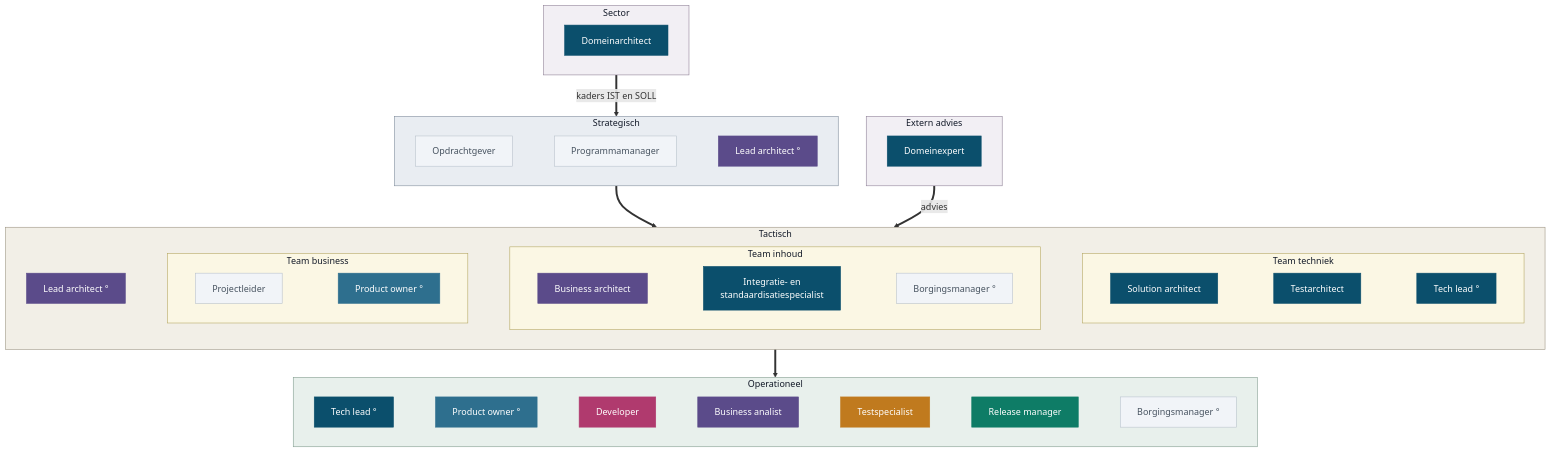
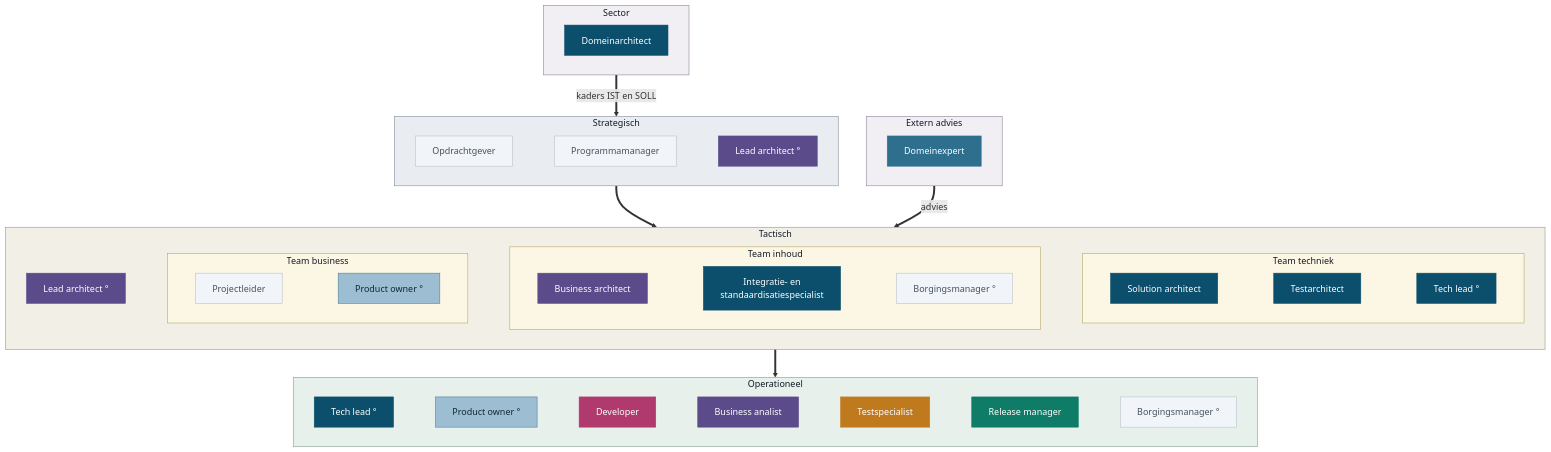
The fifth of 6 diagrams in presentaties/src/260903_rollen.md (Npuls-OKx/meta), drawn with Mermaid before and after one commit. The commit also changed other lines of this file and 2 other files, not shown here.

````diff
--- a/presentaties/src/260903_rollen.md
+++ b/presentaties/src/260903_rollen.md
@@ -626,69 +626,69 @@
 ```mermaid
 flowchart TB
   subgraph EX["Extern advies"]
     direction LR
     DE["Domeinexpert"]
   end
   subgraph SEC["Sector"]
     direction LR
     DA["Domeinarchitect"]
   end
   subgraph S["Strategisch"]
     direction LR
     OG["Opdrachtgever"] ~~~ PM["Programmamanager"] ~~~ LA1["Lead architect °"]
   end
   subgraph T["Tactisch"]
     direction LR
     LA2["Lead architect °"]
     subgraph TB2["Team business"]
       direction LR
       PL["Projectleider"] ~~~ PO1["Product owner °"]
     end
     subgraph TI["Team inhoud"]
       direction LR
       BAR["Business architect"] ~~~ IS["Integratie- en<br/>standaardisatiespecialist"] ~~~ BM1["Borgingsmanager °"]
     end
     subgraph TT["Team techniek"]
       direction LR
       SA["Solution architect"] ~~~ TA["Testarchitect"] ~~~ TL1["Tech lead °"]
     end
     LA2 ~~~ TB2 ~~~ TI ~~~ TT
   end
   subgraph O["Operationeel"]
     direction LR
     TL2["Tech lead °"] ~~~ PO2["Product owner °"] ~~~ DEV["Developer"] ~~~ BA["Business analist"] ~~~ TE["Testspecialist"] ~~~ RM["Release manager"] ~~~ BM2["Borgingsmanager °"]
   end
   S ==> T
   T ==> O
   EX ==>|advies| T
   SEC ==>|kaders IST en SOLL| S
   style TB2 fill:#fbf7e4,stroke:#b3a55f,color:#111827
   style TI fill:#fbf7e4,stroke:#b3a55f,color:#111827
   style TT fill:#fbf7e4,stroke:#b3a55f,color:#111827
   style EX fill:#f2eff4,stroke:#8c7e94,color:#111827
   style SEC fill:#f2eff4,stroke:#8c7e94,color:#111827
   style S fill:#e9edf2,stroke:#7d8a99,color:#111827
   style T fill:#f2efe7,stroke:#9a9280,color:#111827
   style O fill:#e8f0ec,stroke:#7f9a8c,color:#111827
-  style PO1 fill:#2E6F8E,stroke:#2E6F8E,color:#ffffff
-  style PO2 fill:#2E6F8E,stroke:#2E6F8E,color:#ffffff
+  style PO1 fill:#9DBED2,stroke:#4d7d97,color:#0f2733
+  style PO2 fill:#9DBED2,stroke:#4d7d97,color:#0f2733
   style SA fill:#0B4F6C,stroke:#0B4F6C,color:#ffffff
   style DA fill:#0B4F6C,stroke:#0B4F6C,color:#ffffff
   style BA fill:#5B4B8A,stroke:#5B4B8A,color:#ffffff
   style IS fill:#0B4F6C,stroke:#0B4F6C,color:#ffffff
   style TA fill:#0B4F6C,stroke:#0B4F6C,color:#ffffff
-  style DE fill:#0B4F6C,stroke:#0B4F6C,color:#ffffff
+  style DE fill:#2E6F8E,stroke:#2E6F8E,color:#ffffff
   style TL1 fill:#0B4F6C,stroke:#0B4F6C,color:#ffffff
   style TL2 fill:#0B4F6C,stroke:#0B4F6C,color:#ffffff
   style LA1 fill:#5B4B8A,stroke:#5B4B8A,color:#ffffff
   style LA2 fill:#5B4B8A,stroke:#5B4B8A,color:#ffffff
   style BAR fill:#5B4B8A,stroke:#5B4B8A,color:#ffffff
   style RM fill:#0E7C66,stroke:#0E7C66,color:#ffffff
   style DEV fill:#B03A6E,stroke:#B03A6E,color:#ffffff
   style TE fill:#C07A1E,stroke:#C07A1E,color:#ffffff
   style OG fill:#f1f4f8,stroke:#b7c0ca,color:#46525f
   style PM fill:#f1f4f8,stroke:#b7c0ca,color:#46525f
   style PL fill:#f1f4f8,stroke:#b7c0ca,color:#46525f
   style BM1 fill:#f1f4f8,stroke:#b7c0ca,color:#46525f
   style BM2 fill:#f1f4f8,stroke:#b7c0ca,color:#46525f
 ```
````
